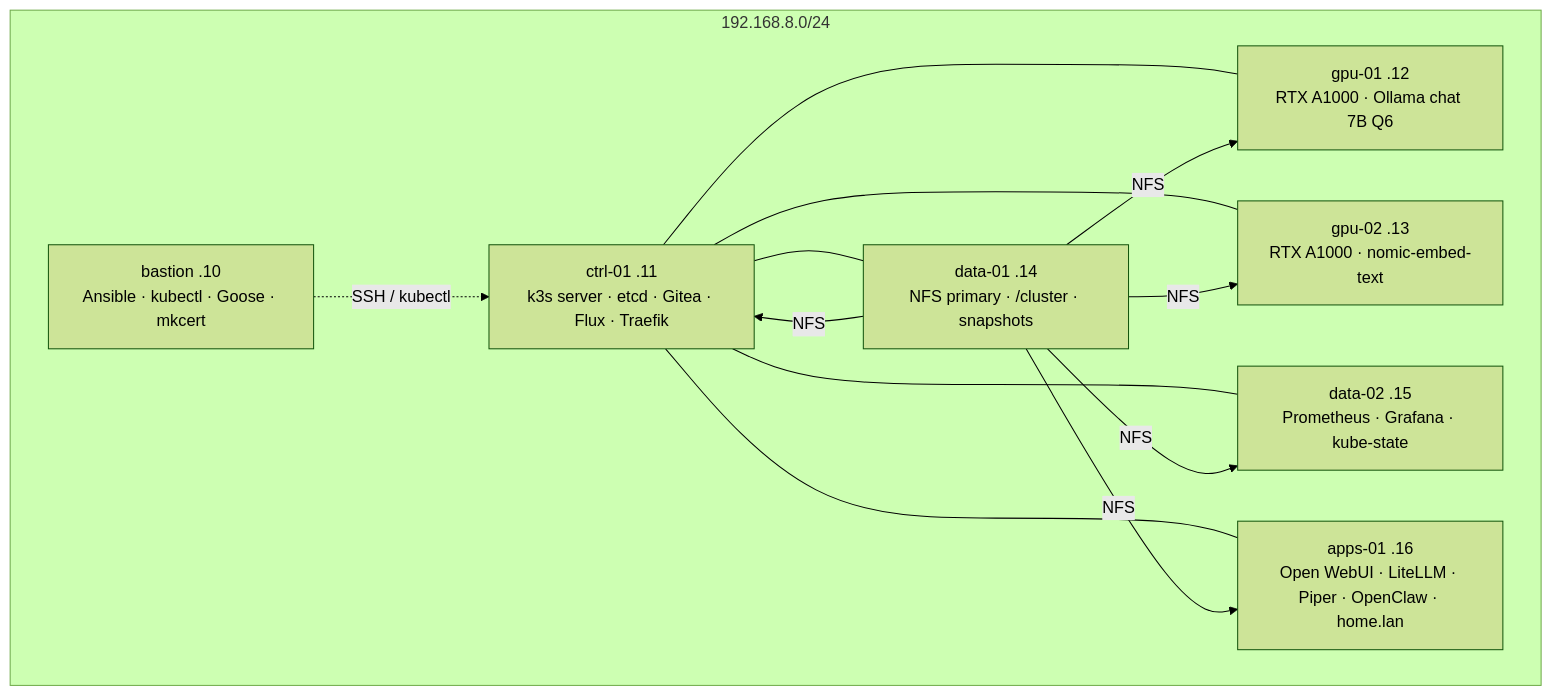
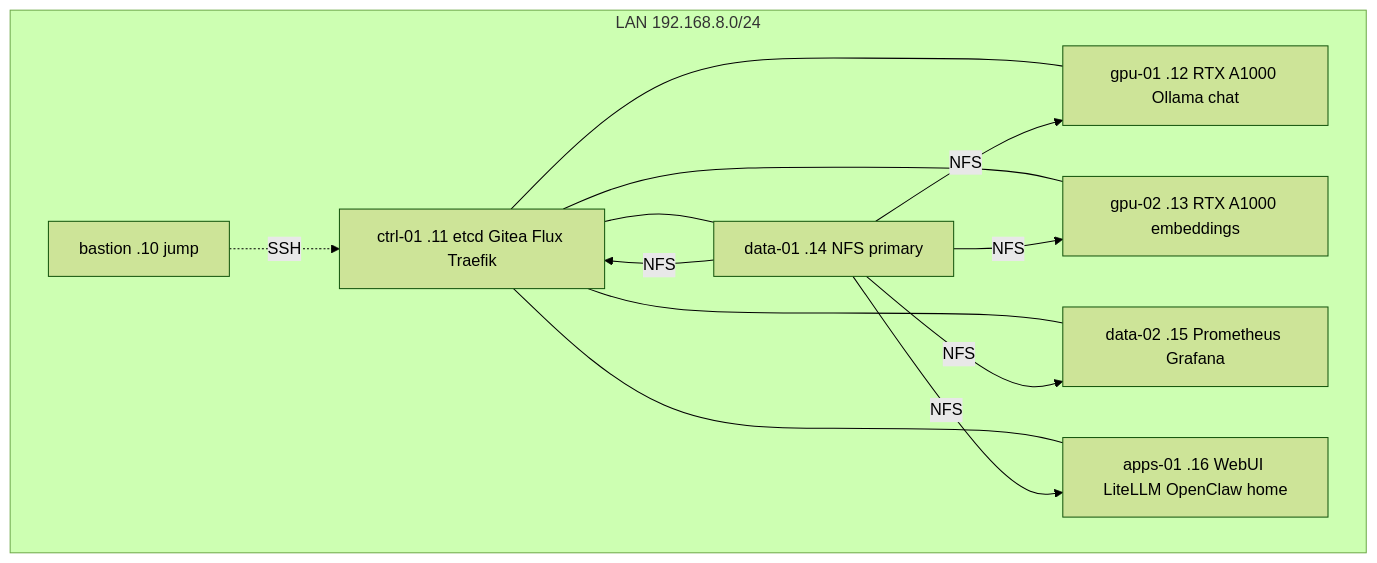
The second of 2 diagrams in README.md (gordoncooper/jarvis-infra), drawn with Mermaid (forest theme) before and after one commit. The commit also changed other lines of this file, not shown here.

Commit message:
docs: mermaid diagrams GitHub can render (infra)

````diff
--- a/README.md
+++ b/README.md
@@ -50,23 +38,23 @@
 ```mermaid
 flowchart TB
-  subgraph fabric["192.168.8.0/24"]
-    B["bastion .10<br/>Ansible · kubectl · Goose · mkcert"]
-    C["ctrl-01 .11<br/>k3s server · etcd · Gitea · Flux · Traefik"]
-    G1["gpu-01 .12<br/>RTX A1000 · Ollama chat 7B Q6"]
-    G2["gpu-02 .13<br/>RTX A1000 · nomic-embed-text"]
-    D1["data-01 .14<br/>NFS primary · /cluster · snapshots"]
-    D2["data-02 .15<br/>Prometheus · Grafana · kube-state"]
-    A["apps-01 .16<br/>Open WebUI · LiteLLM · Piper · OpenClaw · home.lan"]
+  subgraph lan["LAN 192.168.8.0/24"]
+    bastion["bastion .10 jump"]
+    ctrl["ctrl-01 .11 etcd Gitea Flux Traefik"]
+    gpu1["gpu-01 .12 RTX A1000 Ollama chat"]
+    gpu2["gpu-02 .13 RTX A1000 embeddings"]
+    data1["data-01 .14 NFS primary"]
+    data2["data-02 .15 Prometheus Grafana"]
+    apps["apps-01 .16 WebUI LiteLLM OpenClaw home"]
   end
-  B -.->|SSH / kubectl| C
-  C --- G1
-  C --- G2
-  C --- D1
-  C --- D2
-  C --- A
-  D1 -->|NFS| G1
-  D1 -->|NFS| G2
-  D1 -->|NFS| D2
-  D1 -->|NFS| A
-  D1 -->|NFS| C
+  bastion -.->|SSH| ctrl
+  ctrl --- gpu1
+  ctrl --- gpu2
+  ctrl --- data1
+  ctrl --- data2
+  ctrl --- apps
+  data1 -->|NFS| gpu1
+  data1 -->|NFS| gpu2
+  data1 -->|NFS| data2
+  data1 -->|NFS| apps
+  data1 -->|NFS| ctrl
 ```
````
